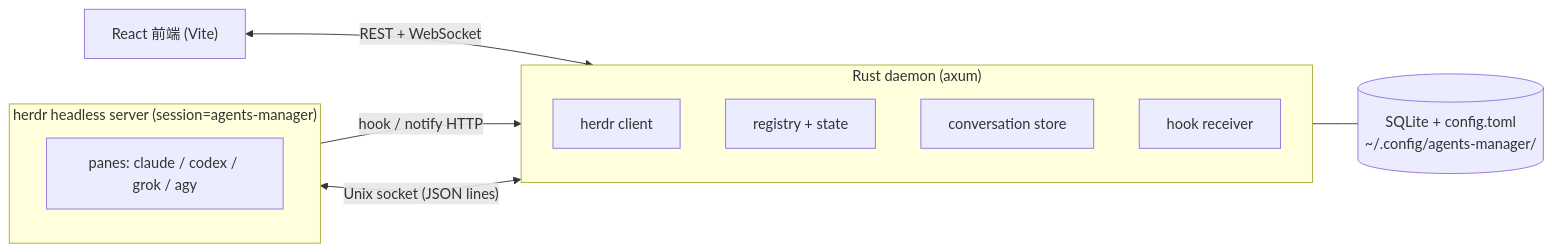
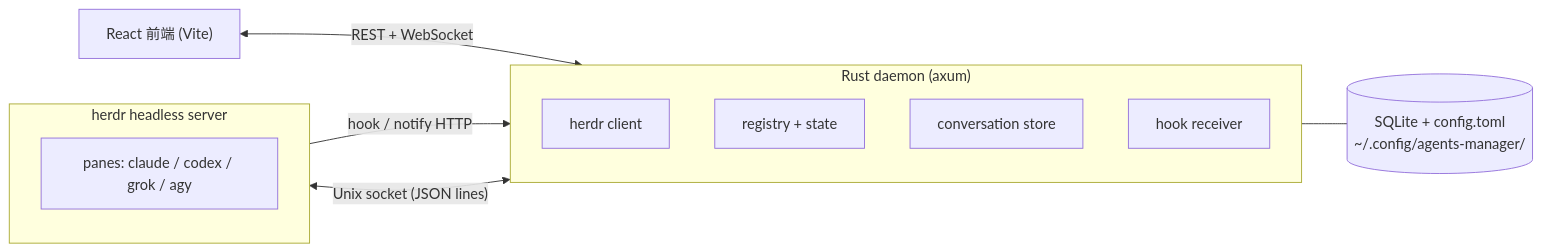
One commit to Eden-Sun/agents-manager changed the diagram in README.zh-TW.md. Above: the diagram before and after it, drawn with Mermaid. The commit also changed other lines of this file and 3 other files, not shown here.

````diff
--- a/README.zh-TW.md
+++ b/README.zh-TW.md
@@ -11,21 +65,21 @@
 ```mermaid
 flowchart LR
     web["React 前端 (Vite)"]
     subgraph daemon["Rust daemon (axum)"]
         direction TB
         d1["herdr client"]
         d2["registry + state"]
         d3["conversation store"]
         d4["hook receiver"]
     end
     store[("SQLite + config.toml<br/>~/.config/agents-manager/")]
-    subgraph herdr["herdr headless server (session=agents-manager)"]
+    subgraph herdr["herdr headless server"]
         direction TB
         panes["panes: claude / codex / grok / agy"]
     end
 
     web <-- "REST + WebSocket" --> daemon
     daemon <-- "Unix socket (JSON lines)" --> herdr
     panes -- "hook / notify HTTP" --> d4
     daemon --- store
 ```
````
